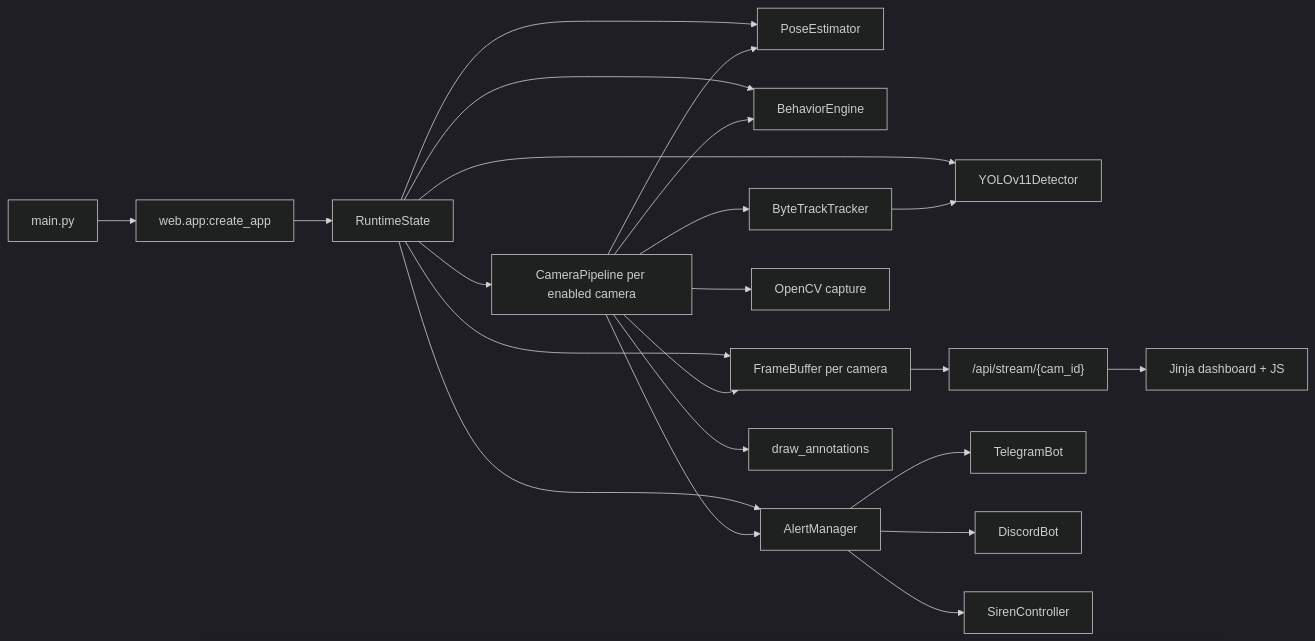
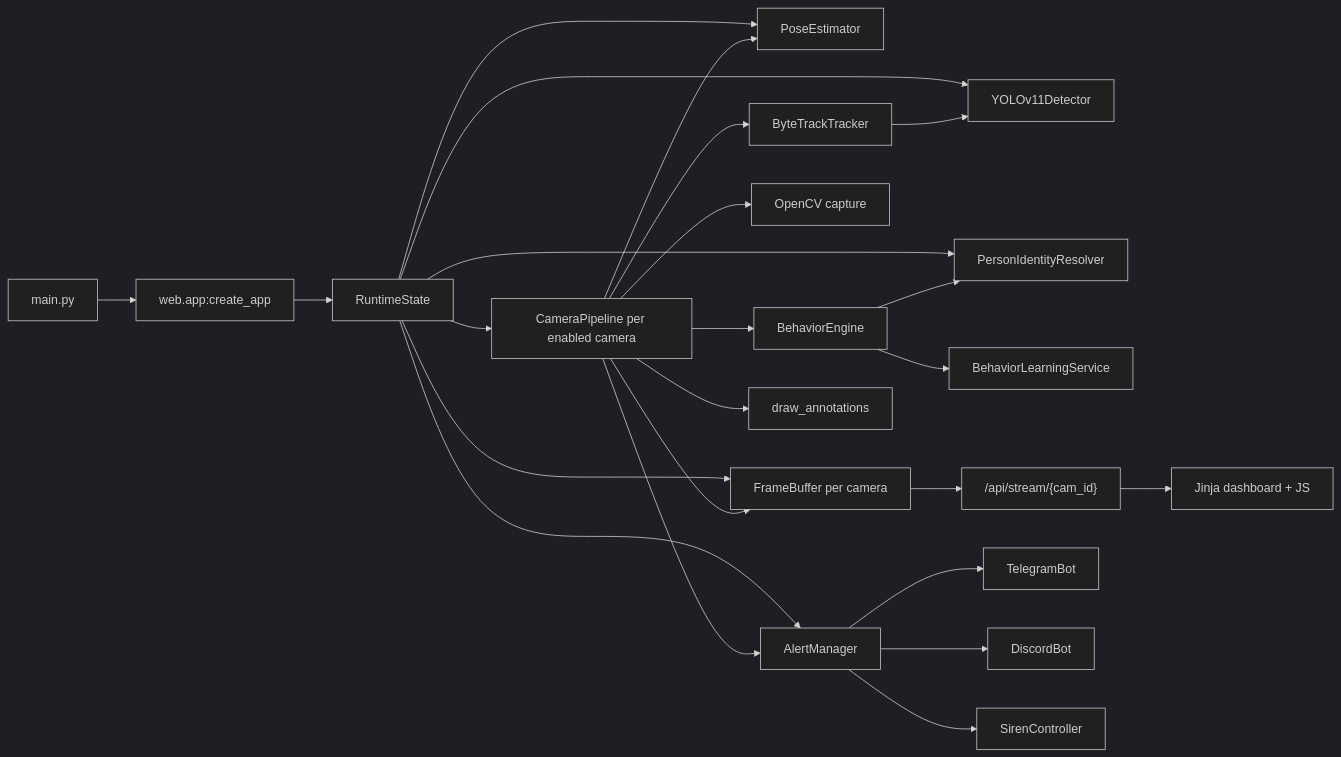
One commit to Anhtuan2005/SCT_Camera changed the diagram in docs/system-documentation.md. Above: the diagram before and after it, drawn with Mermaid (dark theme). The commit also changed other lines of this file and 5 other files, not shown here.

````diff
--- a/docs/system-documentation.md
+++ b/docs/system-documentation.md
@@ -27,26 +28,28 @@
 ```mermaid
 flowchart LR
     Main["main.py"] --> App["web.app:create_app"]
     App --> Runtime["RuntimeState"]
     Runtime --> Detector["YOLOv11Detector"]
     Runtime --> Pose["PoseEstimator"]
-    Runtime --> Engine["BehaviorEngine"]
+    Runtime --> Identity["PersonIdentityResolver"]
     Runtime --> Alerts["AlertManager"]
     Runtime --> Buffers["FrameBuffer per camera"]
     Runtime --> Pipelines["CameraPipeline per enabled camera"]
 
     Pipelines --> Capture["OpenCV capture"]
     Pipelines --> Tracker["ByteTrackTracker"]
     Tracker --> Detector
     Pipelines --> Pose
-    Pipelines --> Engine
+    Pipelines --> Engine["BehaviorEngine"]
+    Engine --> Identity
+    Engine --> Learning["BehaviorLearningService"]
     Pipelines --> Draw["draw_annotations"]
     Pipelines --> Buffers
     Pipelines --> Alerts
 
     Buffers --> Stream["/api/stream/{cam_id}"]
     Stream --> Dashboard["Jinja dashboard + JS"]
     Alerts --> Telegram["TelegramBot"]
     Alerts --> Discord["DiscordBot"]
     Alerts --> Siren["SirenController"]
 ```
````
